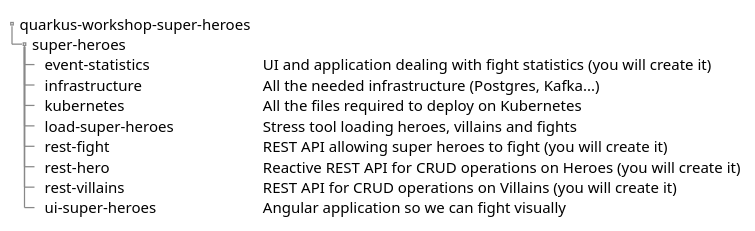
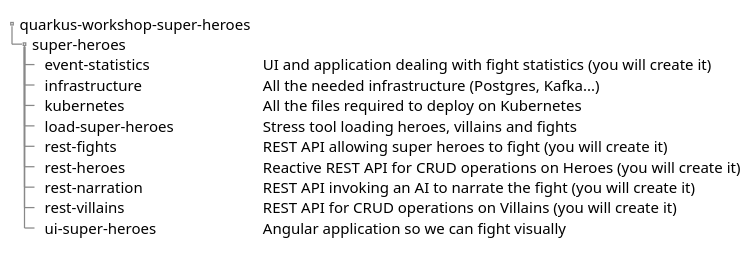
Before and after one commit to quarkusio/quarkus-workshops: the second of 3 diagrams in quarkus-workshop-super-heroes/docs/src/docs/asciidoc/0-introduction/introduction-preparing.adoc, drawn with PlantUML. The commit also changed 7 other files, not shown here.

```diff
--- a/quarkus-workshop-super-heroes/docs/src/docs/asciidoc/0-introduction/introduction-preparing.adoc
+++ b/quarkus-workshop-super-heroes/docs/src/docs/asciidoc/0-introduction/introduction-preparing.adoc
@@ -35,20 +35,21 @@
 [plantuml]
 ----
 @startsalt
 {
 {
 T
 quarkus-workshop-super-heroes
 + super-heroes
 ++ event-statistics        | UI and application dealing with fight statistics (you will create it)
 ++ infrastructure          | All the needed infrastructure (Postgres, Kafka...)
 ++ kubernetes              | All the files required to deploy on Kubernetes
 ++ load-super-heroes       | Stress tool loading heroes, villains and fights
-++ rest-fight              | REST API allowing super heroes to fight (you will create it)
-++ rest-hero               | Reactive REST API for CRUD operations on Heroes (you will create it)
-++ rest-villains            | REST API for CRUD operations on Villains (you will create it)
+++ rest-fights             | REST API allowing super heroes to fight (you will create it)
+++ rest-heroes             | Reactive REST API for CRUD operations on Heroes (you will create it)
+++ rest-narration          | REST API invoking an AI to narrate the fight (you will create it)
+++ rest-villains           | REST API for CRUD operations on Villains (you will create it)
 ++ ui-super-heroes         | Angular application so we can fight visually
 }
 }
 @endsalt
 ----
```
